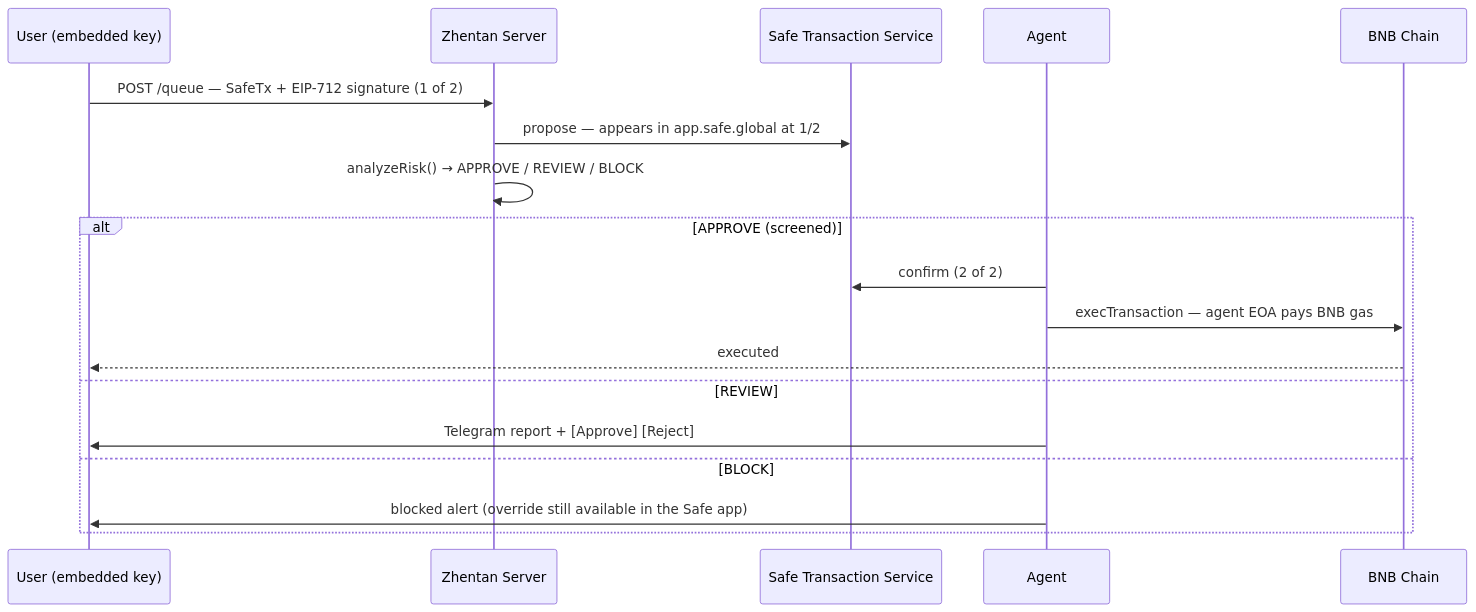
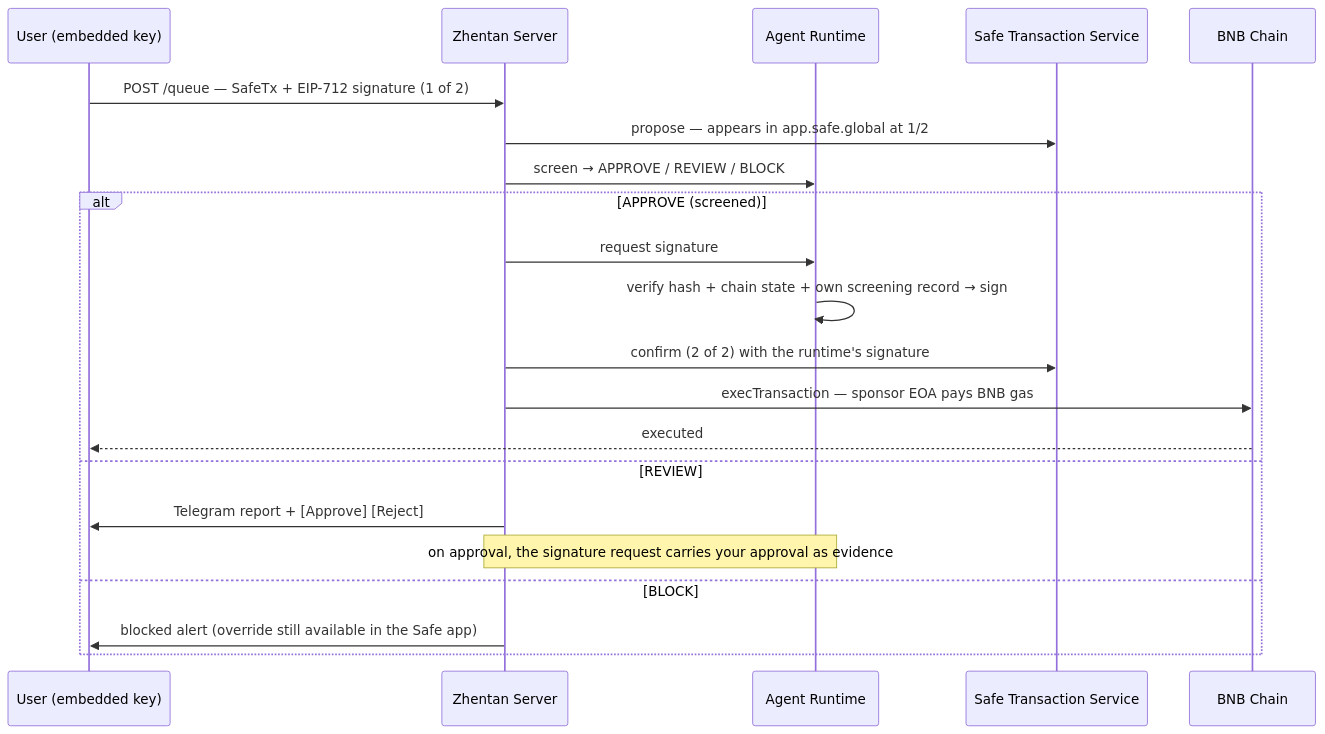
One commit to zhentanme/zhentan changed the diagram in docs/technology/signing.mdx. Above: the diagram before and after it, drawn with Mermaid. The commit also changed other lines of this file and 14 other files, not shown here.

````diff
--- a/docs/technology/signing.mdx
+++ b/docs/technology/signing.mdx
@@ -55,21 +55,24 @@
 ```mermaid
 sequenceDiagram
     participant U as User (embedded key)
     participant S as Zhentan Server
+    participant RT as Agent Runtime
     participant TS as Safe Transaction Service
-    participant A as Agent
     participant BC as BNB Chain
 
     U->>S: POST /queue — SafeTx + EIP-712 signature (1 of 2)
     S->>TS: propose — appears in app.safe.global at 1/2
-    S->>S: analyzeRisk() → APPROVE / REVIEW / BLOCK
+    S->>RT: screen → APPROVE / REVIEW / BLOCK
     alt APPROVE (screened)
-        A->>TS: confirm (2 of 2)
-        A->>BC: execTransaction — agent EOA pays BNB gas
+        S->>RT: request signature
+        RT->>RT: verify hash + chain state + own screening record → sign
+        S->>TS: confirm (2 of 2) with the runtime's signature
+        S->>BC: execTransaction — sponsor EOA pays BNB gas
         BC-->>U: executed
     else REVIEW
-        A->>U: Telegram report + [Approve] [Reject]
+        S->>U: Telegram report + [Approve] [Reject]
+        Note over S,RT: on approval, the signature request carries your approval as evidence
     else BLOCK
-        A->>U: blocked alert (override still available in the Safe app)
+        S->>U: blocked alert (override still available in the Safe app)
     end
 ```
````
